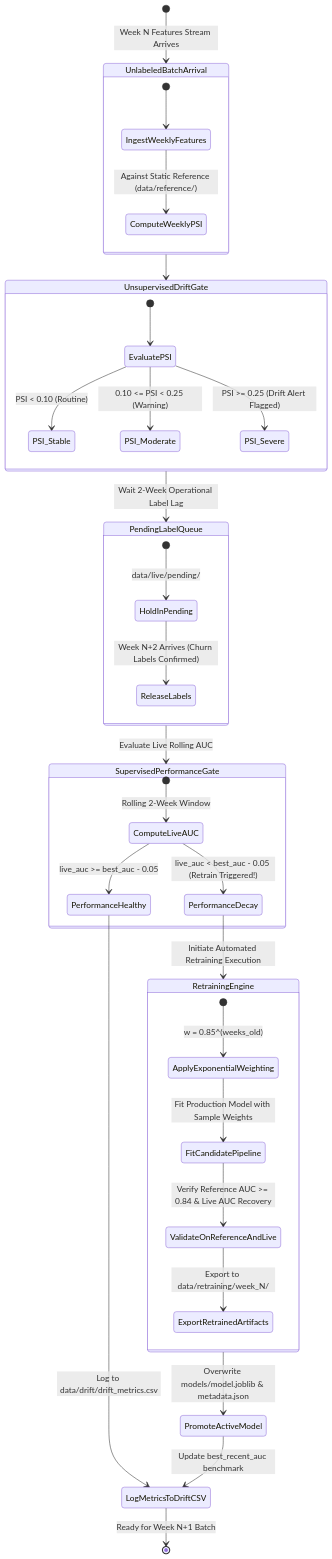
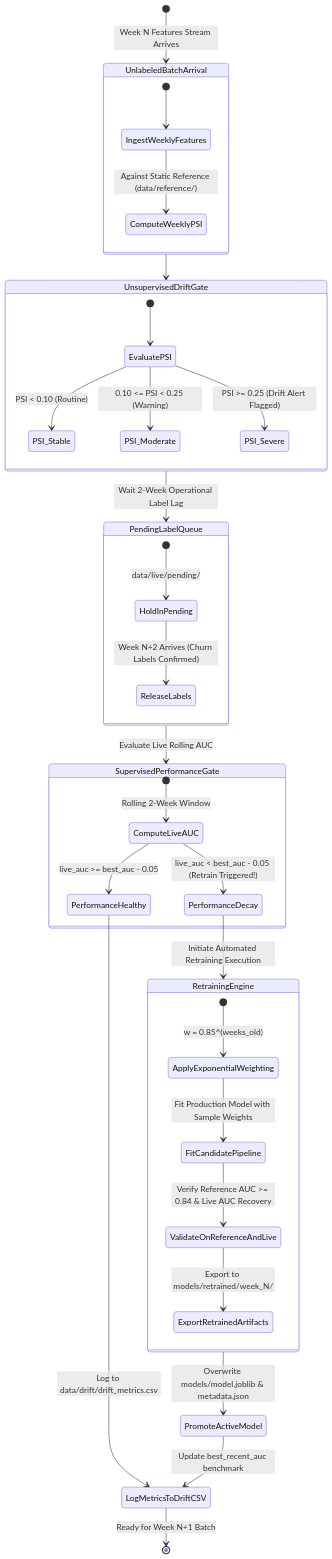
Before and after one commit to Manwelws/Final-Project: the seventh of 9 diagrams in README.md, drawn with Mermaid. The commit also changed 13 other files, not shown here.

Commit message:
refactor(models): consolidate retrained checkpoints and metadata under models/retrained

````diff
--- a/README.md
+++ b/README.md
@@ -383,47 +383,47 @@
 ```mermaid
 stateDiagram-v2
     [*] --> UnlabeledBatchArrival: Week N Features Stream Arrives
 
     state UnlabeledBatchArrival {
         [*] --> IngestWeeklyFeatures
         IngestWeeklyFeatures --> ComputeWeeklyPSI: Against Static Reference (data/reference/)
     }
 
     UnlabeledBatchArrival --> UnsupervisedDriftGate
 
     state UnsupervisedDriftGate {
         [*] --> EvaluatePSI
         EvaluatePSI --> PSI_Stable: PSI < 0.10 (Routine)
         EvaluatePSI --> PSI_Moderate: 0.10 <= PSI < 0.25 (Warning)
         EvaluatePSI --> PSI_Severe: PSI >= 0.25 (Drift Alert Flagged)
     }
 
     UnsupervisedDriftGate --> PendingLabelQueue: Wait 2-Week Operational Label Lag
 
     state PendingLabelQueue {
         [*] --> HoldInPending: data/live/pending/
         HoldInPending --> ReleaseLabels: Week N+2 Arrives (Churn Labels Confirmed)
     }
 
     PendingLabelQueue --> SupervisedPerformanceGate: Evaluate Live Rolling AUC
 
     state SupervisedPerformanceGate {
         [*] --> ComputeLiveAUC: Rolling 2-Week Window
         ComputeLiveAUC --> PerformanceHealthy: live_auc >= best_auc - 0.05
         ComputeLiveAUC --> PerformanceDecay: live_auc < best_auc - 0.05 (Retrain Triggered!)
     }
 
     PerformanceHealthy --> LogMetricsToDriftCSV: Log to data/drift/drift_metrics.csv
     PerformanceDecay --> RetrainingEngine: Initiate Automated Retraining Execution
 
     state RetrainingEngine {
         [*] --> ApplyExponentialWeighting: w = 0.85^(weeks_old)
         ApplyExponentialWeighting --> FitCandidatePipeline: Fit Production Model with Sample Weights
         FitCandidatePipeline --> ValidateOnReferenceAndLive: Verify Reference AUC >= 0.84 & Live AUC Recovery
-        ValidateOnReferenceAndLive --> ExportRetrainedArtifacts: Export to data/retraining/week_N/
+        ValidateOnReferenceAndLive --> ExportRetrainedArtifacts: Export to models/retrained/week_N/
     }
 
     RetrainingEngine --> PromoteActiveModel: Overwrite models/model.joblib & metadata.json
     PromoteActiveModel --> LogMetricsToDriftCSV: Update best_recent_auc benchmark
     LogMetricsToDriftCSV --> [*]: Ready for Week N+1 Batch
 ```
````
